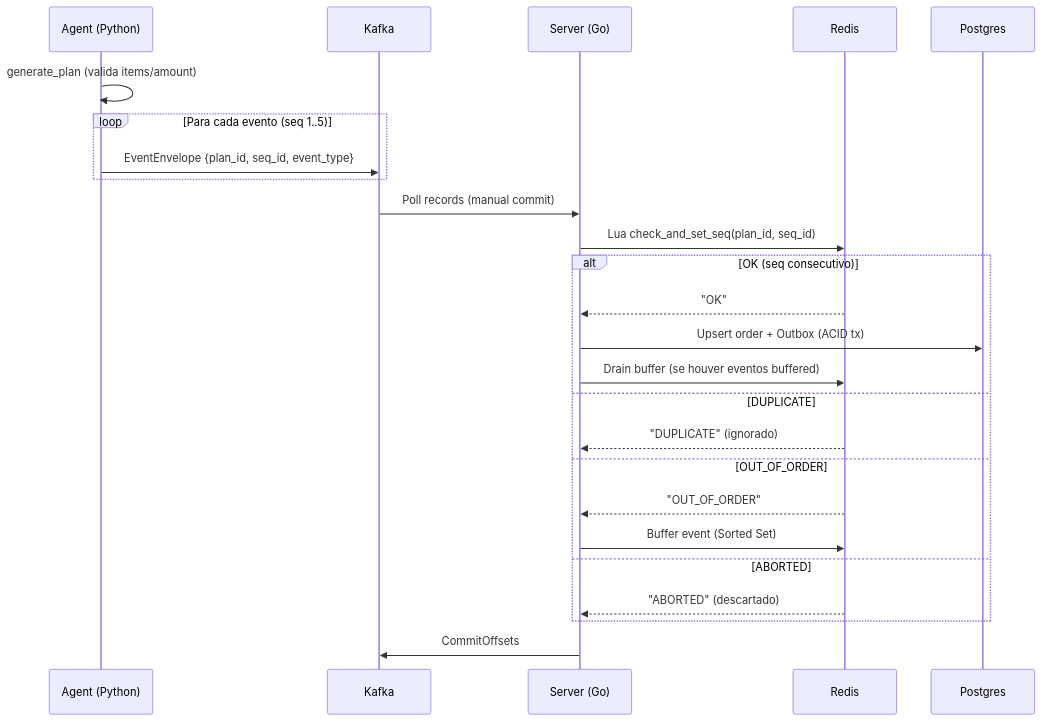
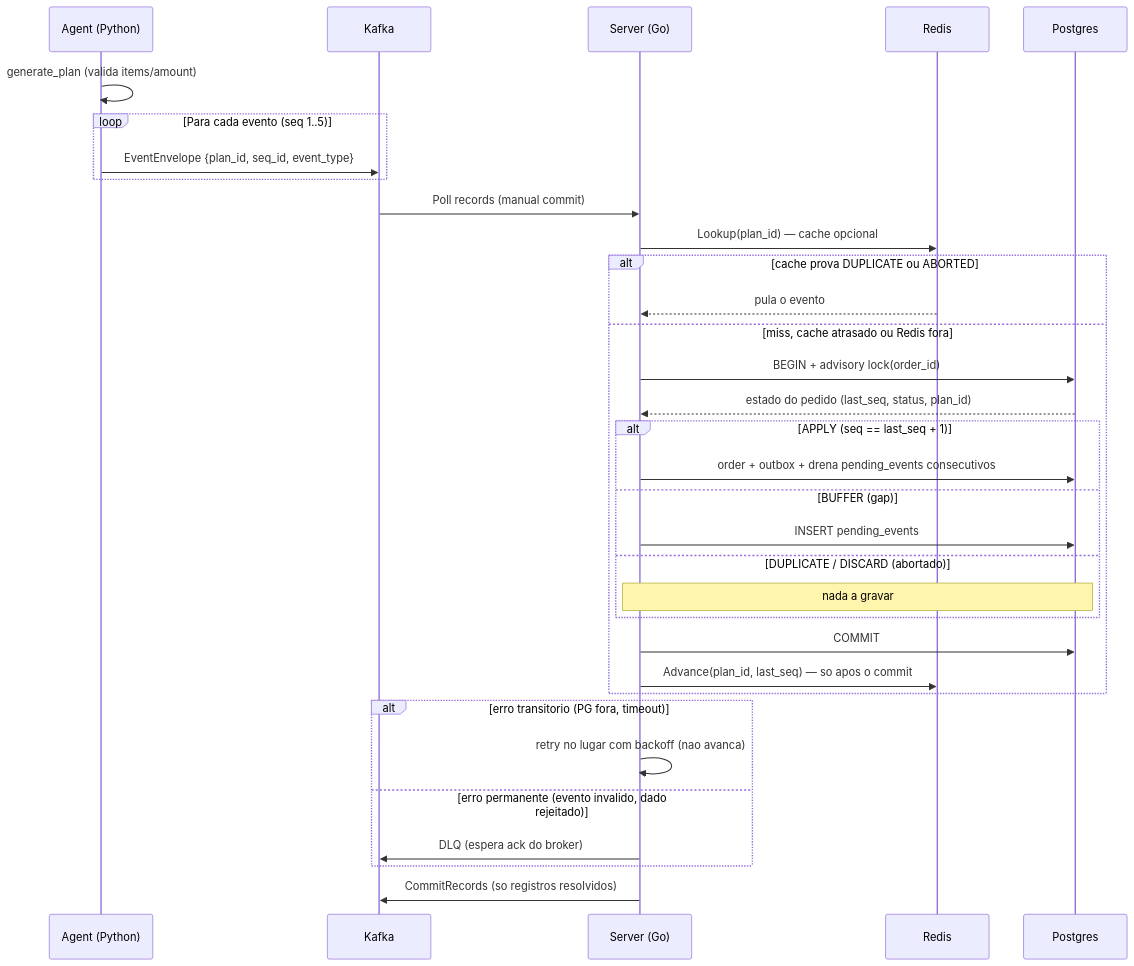
The second of 2 diagrams in README.md (deboracastrodev/distribuid-system-simulator), drawn with Mermaid before and after one commit. The commit also changed other lines of this file and 24 other files, not shown here.

````diff
--- a/README.md
+++ b/README.md
@@ -20,31 +20,38 @@
 ```mermaid
 sequenceDiagram
     participant Agent as Agent (Python)
     participant Kafka
     participant Server as Server (Go)
     participant Redis
     participant Postgres
 
     Agent->>Agent: generate_plan (valida items/amount)
     loop Para cada evento (seq 1..5)
         Agent->>Kafka: EventEnvelope {plan_id, seq_id, event_type}
     end
 
     Kafka->>Server: Poll records (manual commit)
-    Server->>Redis: Lua check_and_set_seq(plan_id, seq_id)
-
-    alt OK (seq consecutivo)
-        Redis-->>Server: "OK"
-        Server->>Postgres: Upsert order + Outbox (ACID tx)
-        Server->>Redis: Drain buffer (se houver eventos buffered)
-    else DUPLICATE
-        Redis-->>Server: "DUPLICATE" (ignorado)
-    else OUT_OF_ORDER
-        Redis-->>Server: "OUT_OF_ORDER"
-        Server->>Redis: Buffer event (Sorted Set)
-    else ABORTED
-        Redis-->>Server: "ABORTED" (descartado)
+    Server->>Redis: Lookup(plan_id) — cache opcional
+    alt cache prova DUPLICATE ou ABORTED
+        Redis-->>Server: pula o evento
+    else miss, cache atrasado ou Redis fora
+        Server->>Postgres: BEGIN + advisory lock(order_id)
+        Postgres-->>Server: estado do pedido (last_seq, status, plan_id)
+        alt APPLY (seq == last_seq + 1)
+            Server->>Postgres: order + outbox + drena pending_events consecutivos
+        else BUFFER (gap)
+            Server->>Postgres: INSERT pending_events
+        else DUPLICATE / DISCARD (abortado)
+            Note over Server,Postgres: nada a gravar
+        end
+        Server->>Postgres: COMMIT
+        Server->>Redis: Advance(plan_id, last_seq) — so apos o commit
     end
 
-    Server->>Kafka: CommitOffsets
+    alt erro transitorio (PG fora, timeout)
+        Server->>Server: retry no lugar com backoff (nao avanca)
+    else erro permanente (evento invalido, dado rejeitado)
+        Server->>Kafka: DLQ (espera ack do broker)
+    end
+    Server->>Kafka: CommitRecords (so registros resolvidos)
 ```
````
